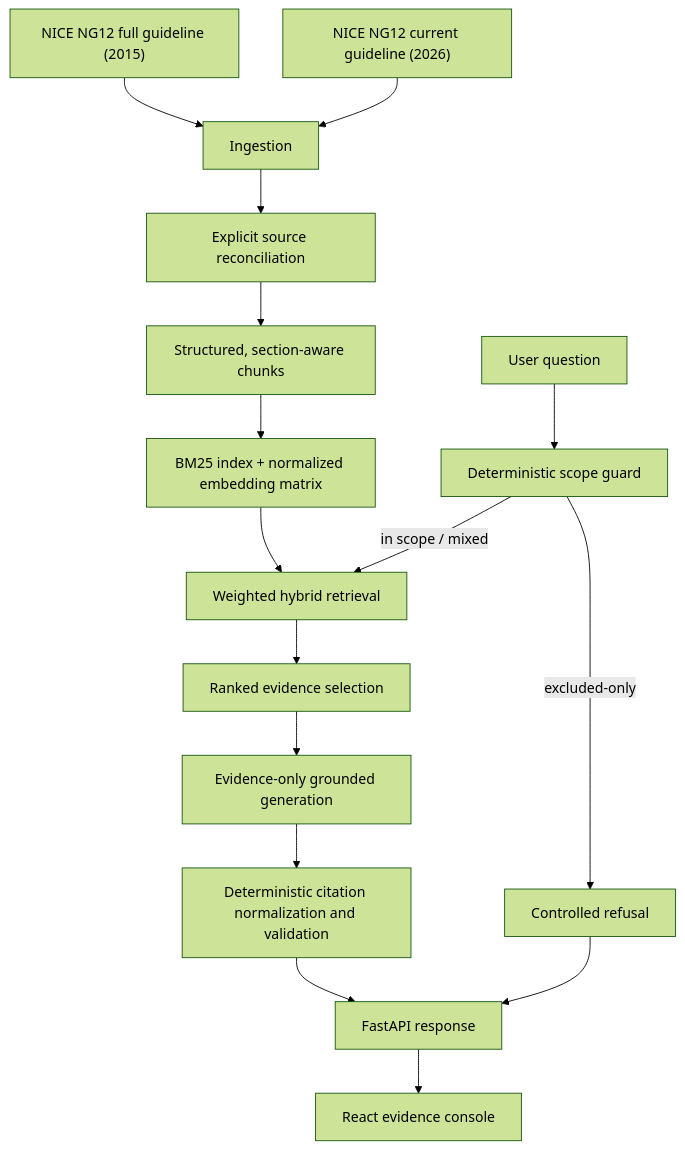
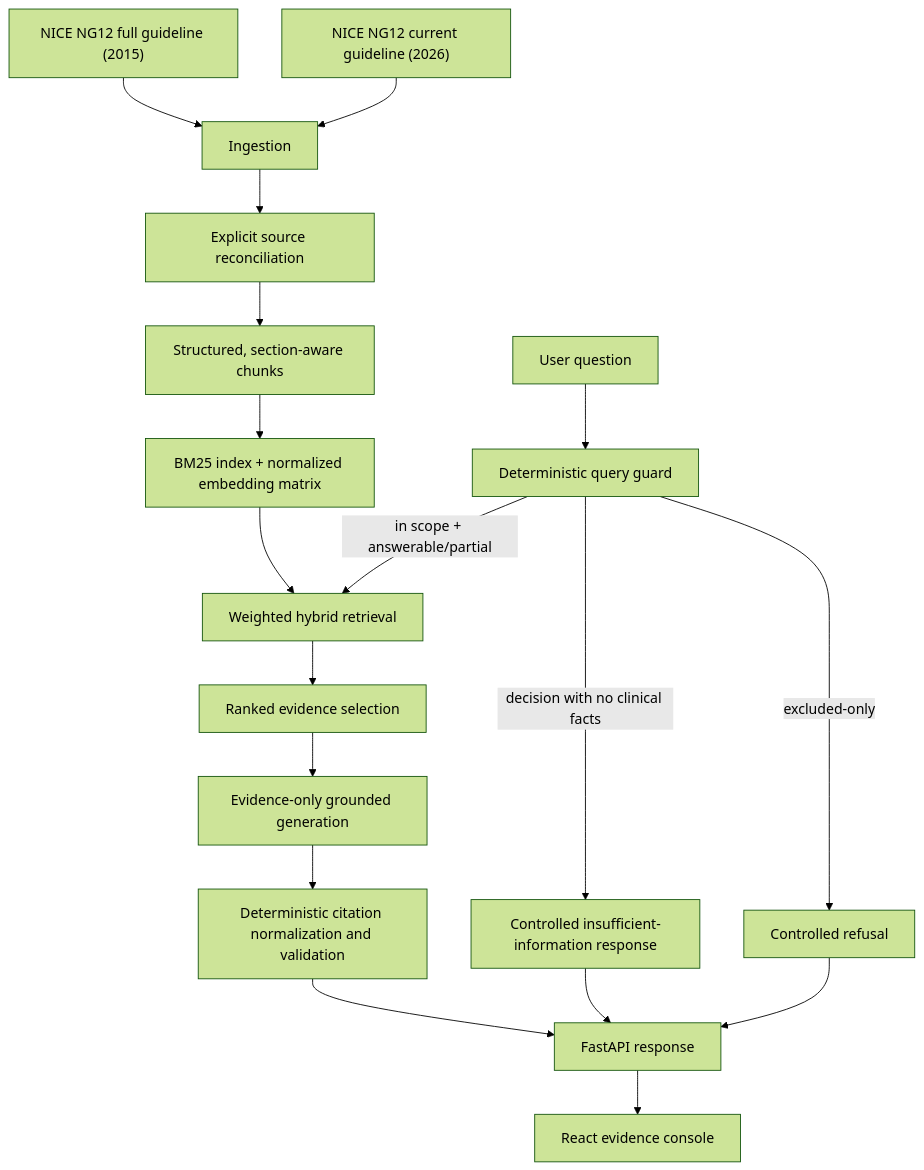
Before and after one commit to abdoabozena7/Instant_creativa: the first of 2 diagrams in ARCHITECTURE.md, drawn with Mermaid (forest theme). The commit also changed other lines of this file and 19 other files, not shown here.

Commit message:
fix underspecified clinical query handling

````diff
--- a/ARCHITECTURE.md
+++ b/ARCHITECTURE.md
@@ -7,18 +7,20 @@
 ```mermaid
 flowchart TD
     A["NICE NG12 current guideline (2026)"] --> C["Ingestion"]
     B["NICE NG12 full guideline (2015)"] --> C
     C --> D["Explicit source reconciliation"]
     D --> E["Structured, section-aware chunks"]
     E --> F["BM25 index + normalized embedding matrix"]
-    Q["User question"] --> G["Deterministic scope guard"]
+    Q["User question"] --> G["Deterministic query guard"]
     G -->|"excluded-only"| R["Controlled refusal"]
-    G -->|"in scope / mixed"| H["Weighted hybrid retrieval"]
+    G -->|"decision with no clinical facts"| U["Controlled insufficient-information response"]
+    G -->|"in scope + answerable/partial"| H["Weighted hybrid retrieval"]
     F --> H
     H --> I["Ranked evidence selection"]
     I --> J["Evidence-only grounded generation"]
     J --> K["Deterministic citation normalization and validation"]
     K --> L["FastAPI response"]
     R --> L
+    U --> L
     L --> M["React evidence console"]
 ```
````
